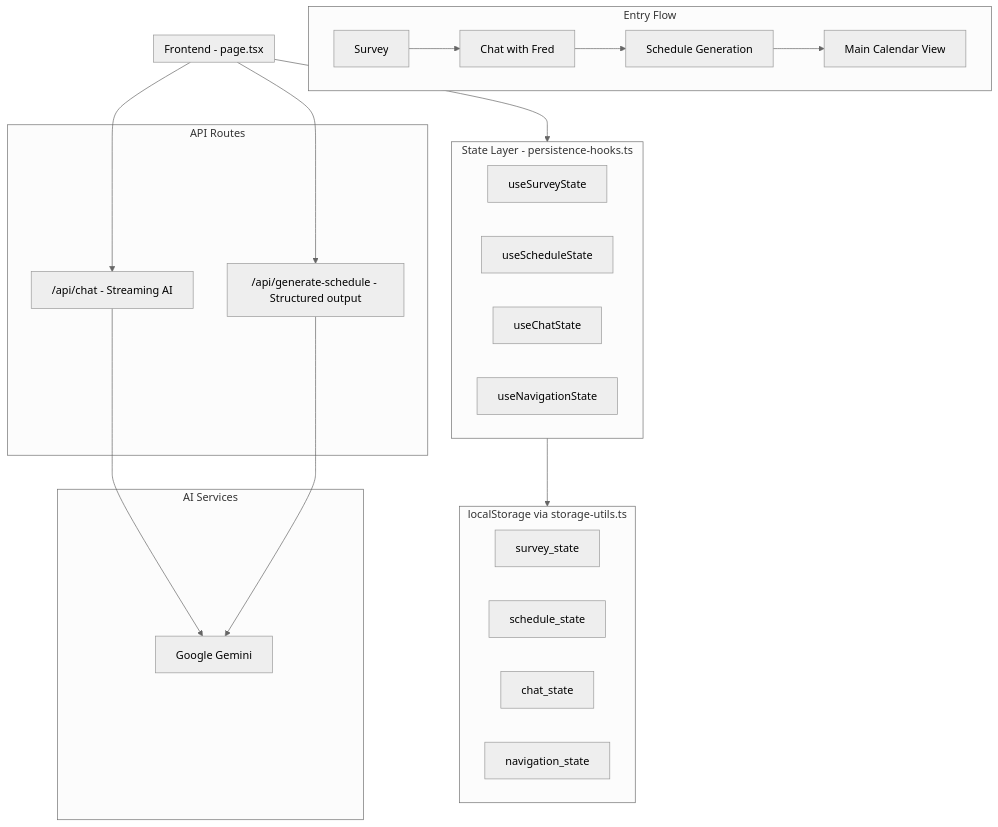
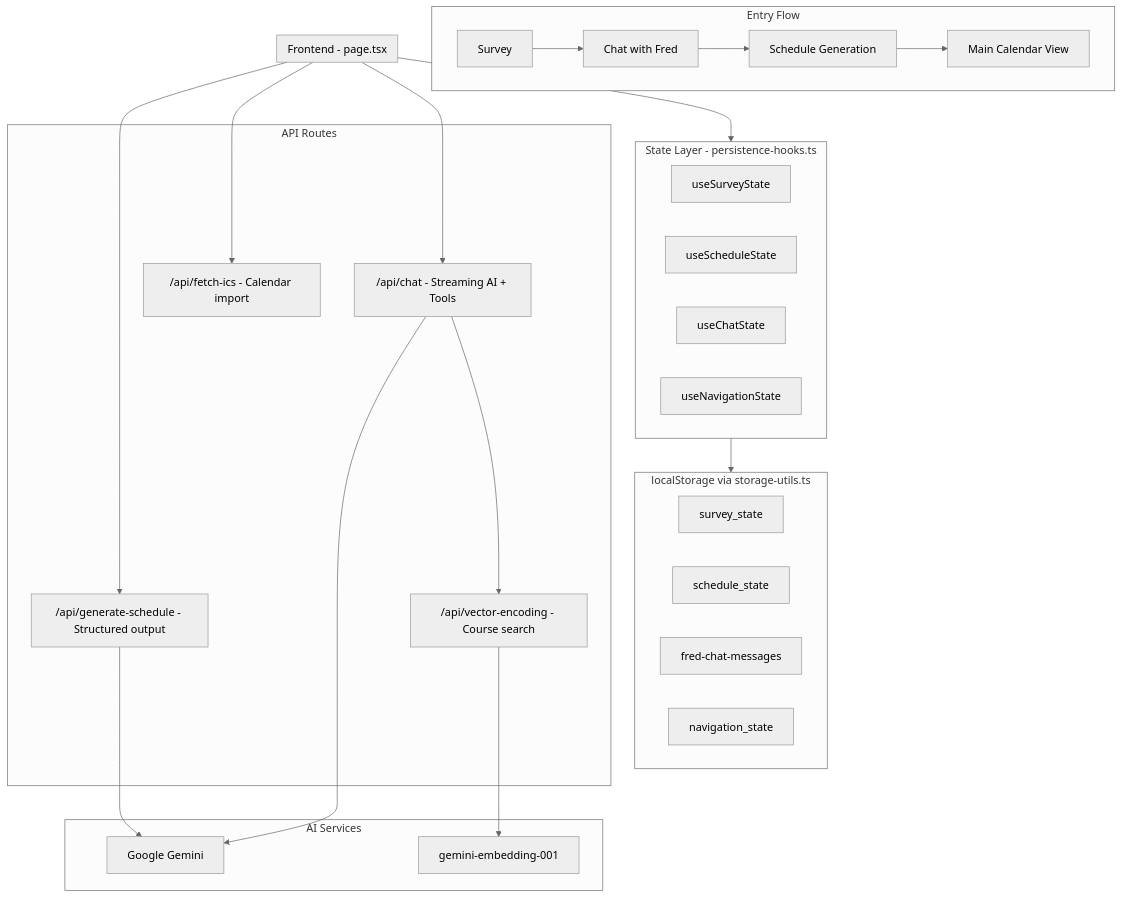
Before and after one commit to caikatz/v0-coug-scheduler: the first of 4 diagrams in docs/architecture.md, drawn with Mermaid (neutral theme). The commit also changed other lines of this file and 3 other files, not shown here.

````diff
--- a/docs/architecture.md
+++ b/docs/architecture.md
@@ -25,45 +34,51 @@
 ```mermaid
 flowchart TB
     subgraph Entry [Entry Flow]
         A[Survey] --> B[Chat with Fred]
         B --> C[Schedule Generation]
         C --> D[Main Calendar View]
     end
 
     subgraph Frontend [Frontend - page.tsx]
         A
         B
         C
         D
     end
 
     subgraph State [State Layer - persistence-hooks.ts]
         H1[useSurveyState]
         H2[useScheduleState]
         H3[useChatState]
         H4[useNavigationState]
     end
 
     subgraph Storage [localStorage via storage-utils.ts]
         S1[survey_state]
         S2[schedule_state]
-        S3[chat_state]
+        S3[fred-chat-messages]
         S4[navigation_state]
     end
 
     subgraph API [API Routes]
-        API1["/api/chat - Streaming AI"]
+        API1["/api/chat - Streaming AI + Tools"]
         API2["/api/generate-schedule - Structured output"]
+        API3["/api/fetch-ics - Calendar import"]
+        API4["/api/vector-encoding - Course search"]
     end
 
     subgraph AI [AI Services]
         G1[Google Gemini]
+        G2[gemini-embedding-001]
     end
 
     Frontend --> State
     State --> Storage
     Frontend --> API1
     Frontend --> API2
+    Frontend --> API3
     API1 --> G1
+    API1 --> API4
     API2 --> G1
+    API4 --> G2
 ```
````
